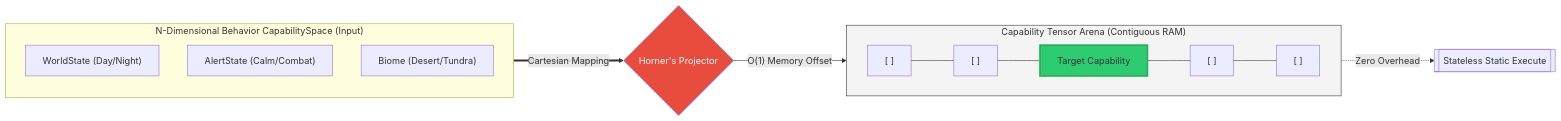
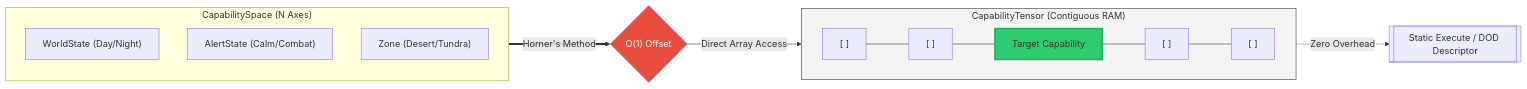
Before and after one commit to CT-74/CapabilityReconstructionGraph: the second of 2 diagrams in README.md, drawn with Mermaid. The commit also changed other lines of this file and 29 other files, not shown here.

````diff
--- a/README.md
+++ b/README.md
@@ -30,23 +68,23 @@
 ```mermaid
 flowchart LR
-    subgraph CapabilitySpace ["N-Dimensional Behavior CapabilitySpace (Input)"]
+    subgraph CapabilitySpace ["CapabilitySpace (N Axes)"]
         direction TB
         Axis1["WorldState (Day/Night)"]
         Axis2["AlertState (Calm/Combat)"]
-        Axis3["Biome (Desert/Tundra)"]
+        Axis3["Zone (Desert/Tundra)"]
     end
 
-    CapabilitySpace ==>|"Cartesian Mapping"| Horner{Horner's Projector}
-    
-    subgraph Arena ["Capability Tensor Arena (Contiguous RAM)"]
+    CapabilitySpace ==>|"Horner's Method"| Horner{"O(1) Offset"}
+
+    subgraph Tensor ["CapabilityTensor (Contiguous RAM)"]
         direction LR
         C0["[ ]"] --- C1["[ ]"] --- C2["Target Capability"] --- C3["[ ]"] --- C4["[ ]"]
     end
 
-    Horner -->|"O(1) Memory Offset"| C2
-    C2 -.->|"Zero Overhead"| Exec[[Stateless Static Execute]]
+    Horner -->|"Direct Array Access"| C2
+    C2 -.->|"Zero Overhead"| Exec[["Static Execute / DOD Descriptor"]]
 
     style C2 fill:#2ecc71,stroke:#27ae60,stroke-width:3px
-    style Arena fill:#f4f4f4,stroke:#333
+    style Tensor fill:#f4f4f4,stroke:#333
     style Horner fill:#e74c3c,color:#fff
 ```
````
